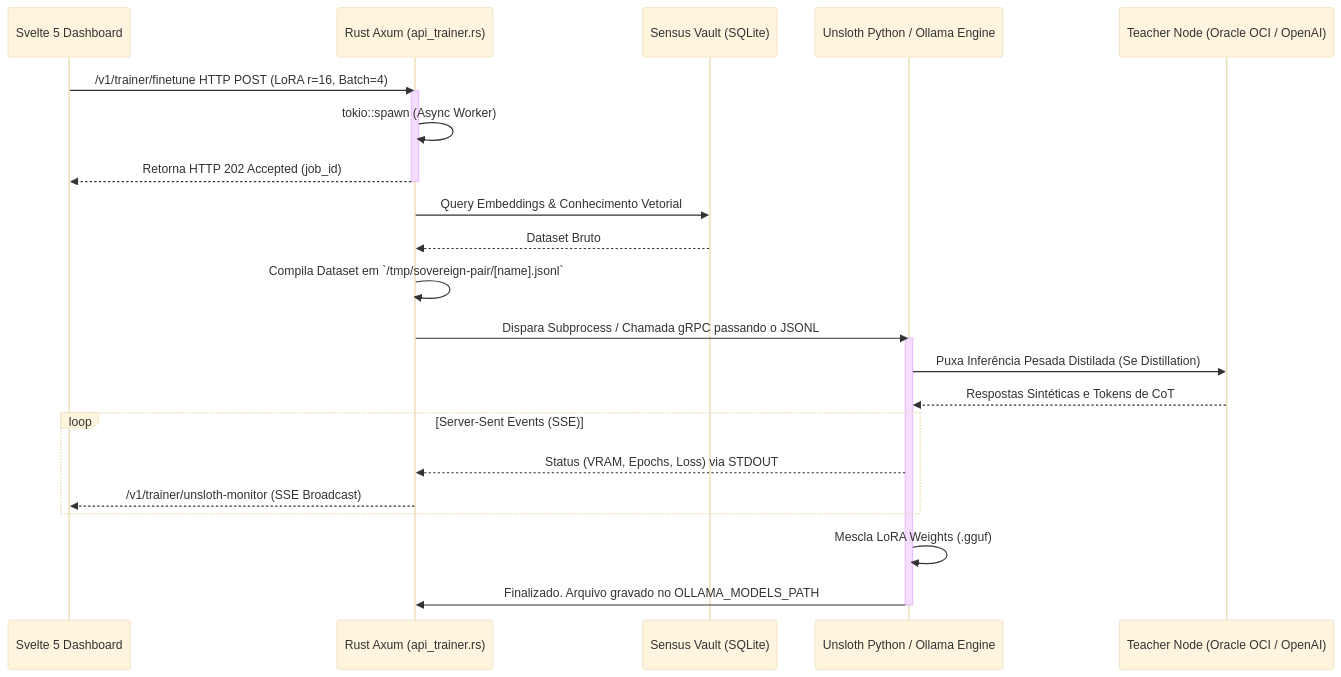
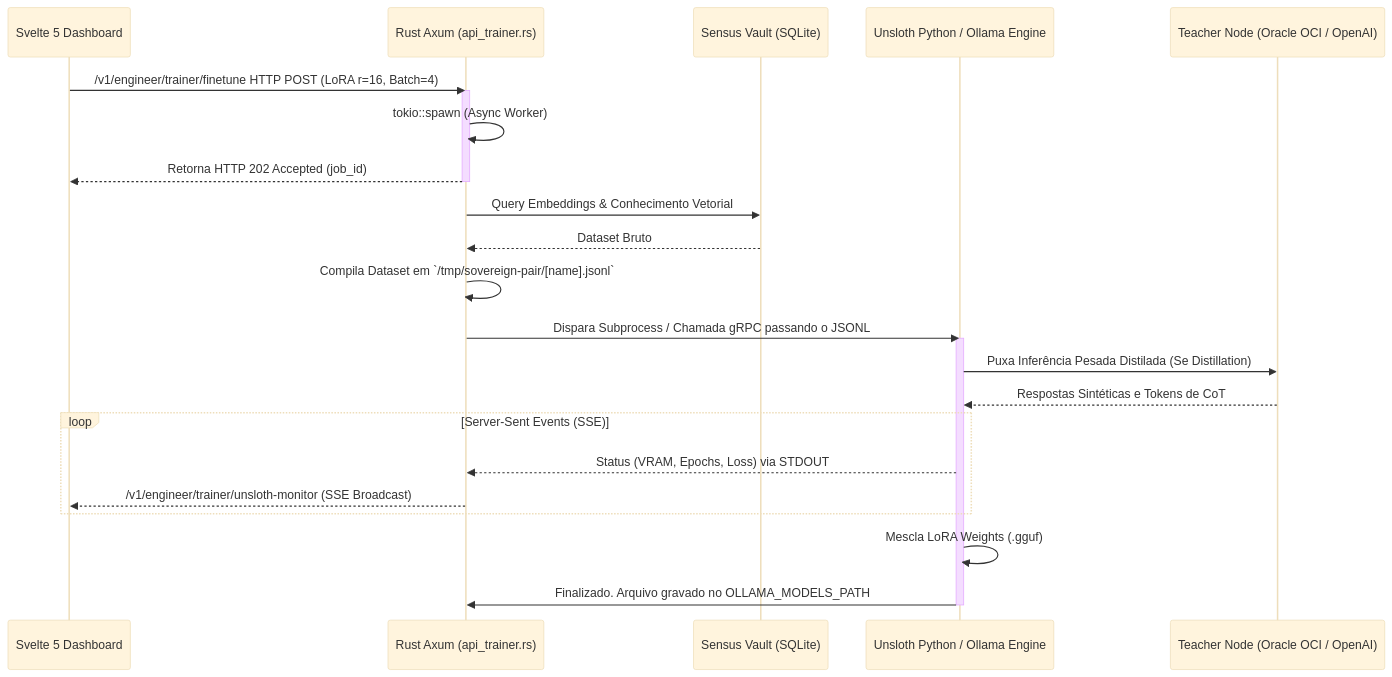
The diagram in docs/reports/mesh_hybrid_model_trainer_architecture.pt-BR.md (personal-digital-sovereignty/sovereign-pair), drawn with Mermaid (base theme) before and after one commit. The commit also changed 11 other files, not shown here.

````diff
--- a/docs/reports/mesh_hybrid_model_trainer_architecture.pt-BR.md
+++ b/docs/reports/mesh_hybrid_model_trainer_architecture.pt-BR.md
@@ -18,32 +18,32 @@
 ```mermaid
 sequenceDiagram
     participant UI as Svelte 5 Dashboard
     participant Backend as Rust Axum (api_trainer.rs)
     participant Vault as Sensus Vault (SQLite)
     participant Worker as Unsloth Python / Ollama Engine
     participant Mesh as Teacher Node (Oracle OCI / OpenAI)
 
-    UI->>Backend: /v1/trainer/finetune HTTP POST (LoRA r=16, Batch=4)
+    UI->>Backend: /v1/engineer/trainer/finetune HTTP POST (LoRA r=16, Batch=4)
     activate Backend
     Backend->>Backend: tokio::spawn (Async Worker)
     Backend-->>UI: Retorna HTTP 202 Accepted (job_id)
     deactivate Backend
     
     Backend->>Vault: Query Embeddings & Conhecimento Vetorial
     Vault-->>Backend: Dataset Bruto
     Backend->>Backend: Compila Dataset em `/tmp/sovereign-pair/[name].jsonl`
     
     Backend->>Worker: Dispara Subprocess / Chamada gRPC passando o JSONL
     activate Worker
     Worker->>Mesh: Puxa Inferência Pesada Distilada (Se Distillation)
     Mesh-->>Worker: Respostas Sintéticas e Tokens de CoT
     
     loop Server-Sent Events (SSE)
         Worker-->>Backend: Status (VRAM, Epochs, Loss) via STDOUT
-        Backend-->>UI: /v1/trainer/unsloth-monitor (SSE Broadcast)
+        Backend-->>UI: /v1/engineer/trainer/unsloth-monitor (SSE Broadcast)
     end
     
     Worker->>Worker: Mescla LoRA Weights (.gguf)
     Worker->>Backend: Finalizado. Arquivo gravado no OLLAMA_MODELS_PATH
     deactivate Worker
 ```
````
